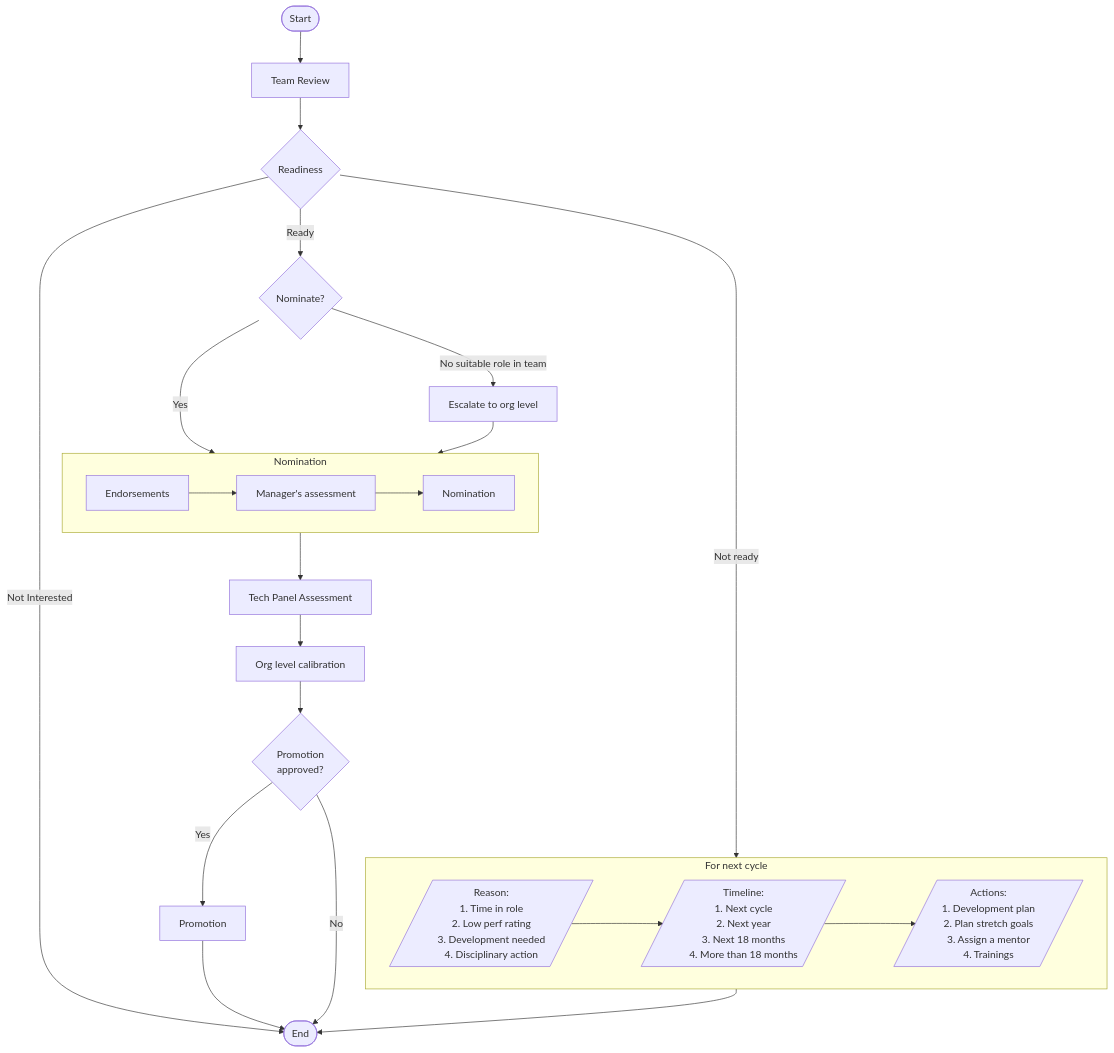
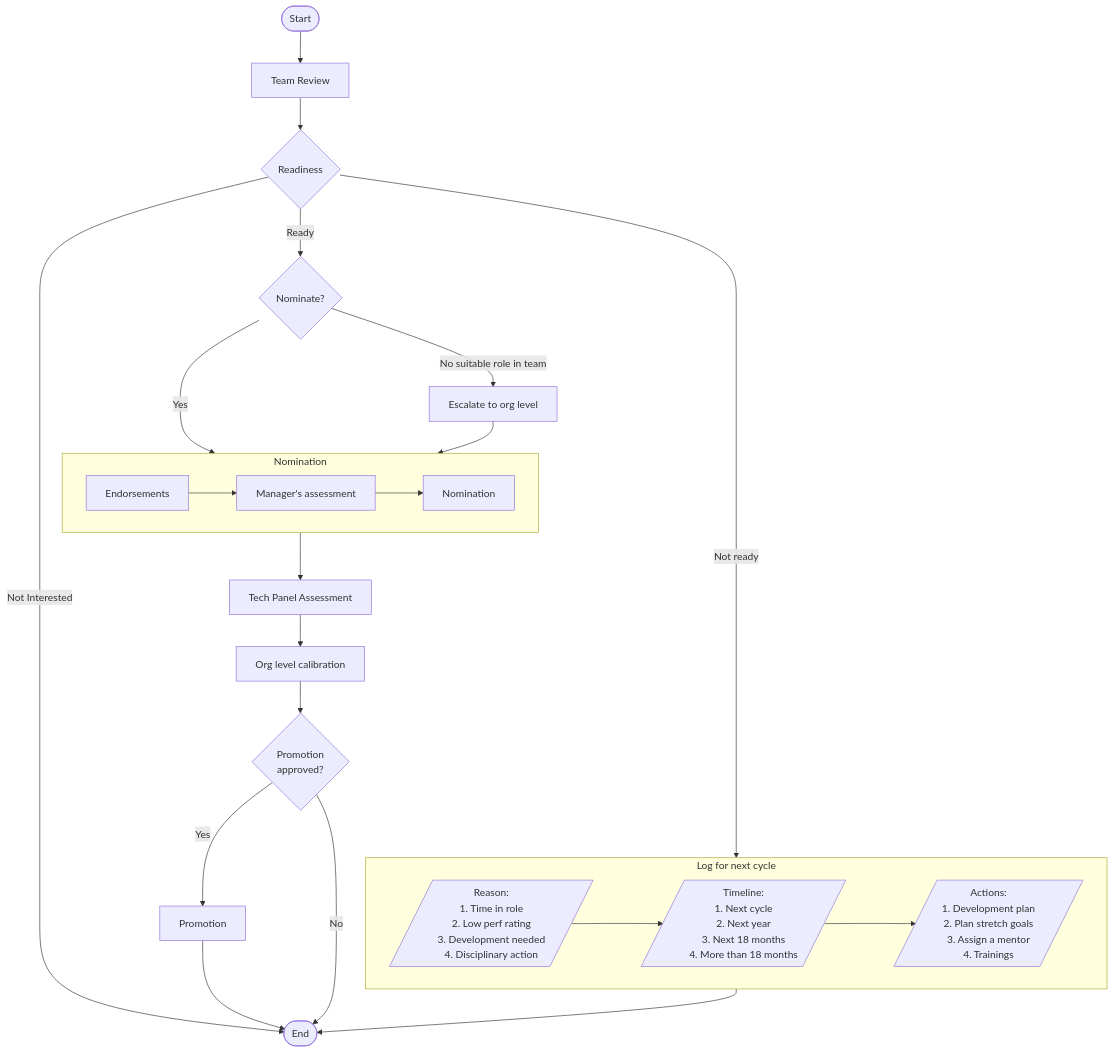
Before and after one commit to belablotski/belablotski.github.io: the diagram in content/posts/week-2025-11.md, drawn with Mermaid. The commit also changed other lines of this file, not shown here.

````diff
--- a/content/posts/week-2025-11.md
+++ b/content/posts/week-2025-11.md
@@ -20,38 +19,38 @@
 ```mermaid
 flowchart TD
     S([Start]) --> TR[Team Review]
     TR --> R{Readiness}
     R --> |Ready| N{Nominate?}
     R --> |Not ready|Next
-    subgraph Next[For next cycle]
+    subgraph Next[Log for next cycle]
         Rea[/Reason:
             1. Time in role
             2. Low perf rating
             3. Development needed
             4. Disciplinary action/]
         Rea --> Tl[/Timeline:
             1. Next cycle
             2. Next year
             3. Next 18 months
             4. More than 18 months/]
         Tl --> Act[/Actions:
             1. Development plan
             2. Plan stretch goals
             3. Assign a mentor
             4. Trainings/]
     end
     R --> |Not Interested| E
     N --> |Yes| Nomination
     N --> |No suitable role in team| Esc[Escalate to org level] --> Nomination
     subgraph Nomination
         Endo[Endorsements] --> MA[Manager's assessment]
         MA --> Nm[Nomination]
     end
     Nomination --> TPA[Tech Panel Assessment]
     TPA --> Cal[Org level calibration]
     Cal --> PA{Promotion
         approved?}
     PA --> |Yes| Promotion --> E
     PA --> |No| E([End])
     Next --> E
 ```
````
